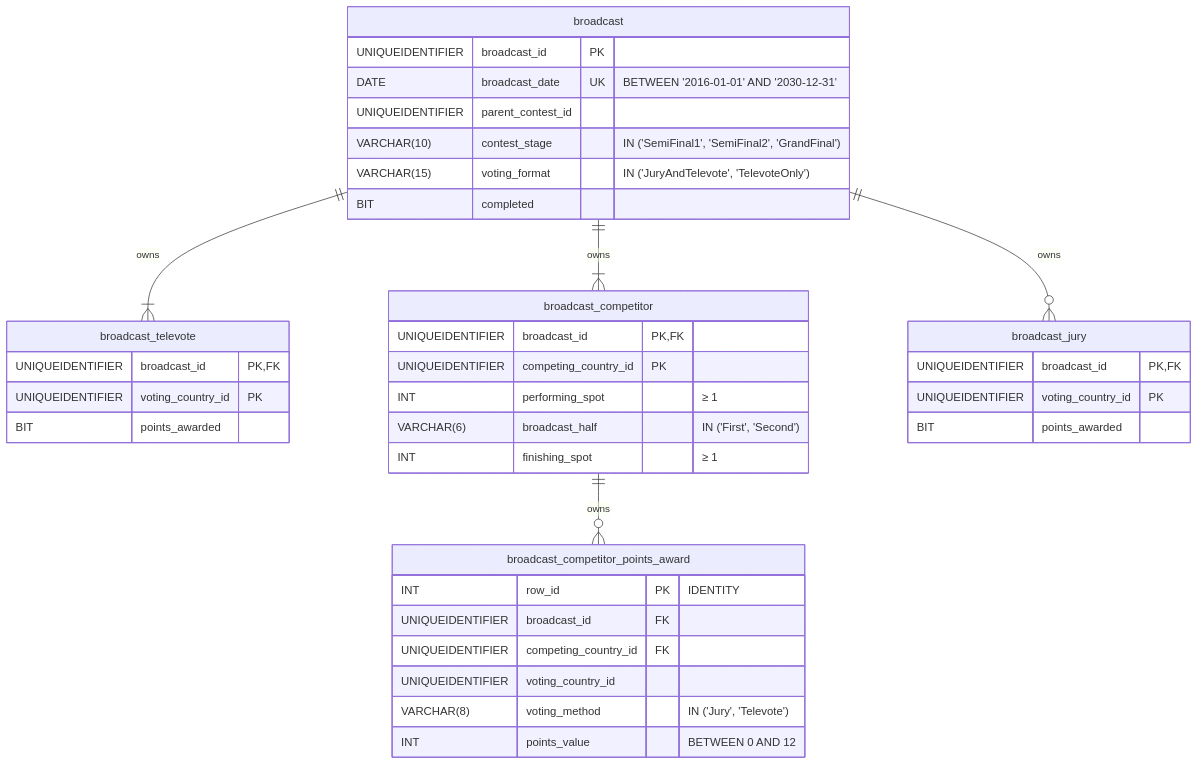
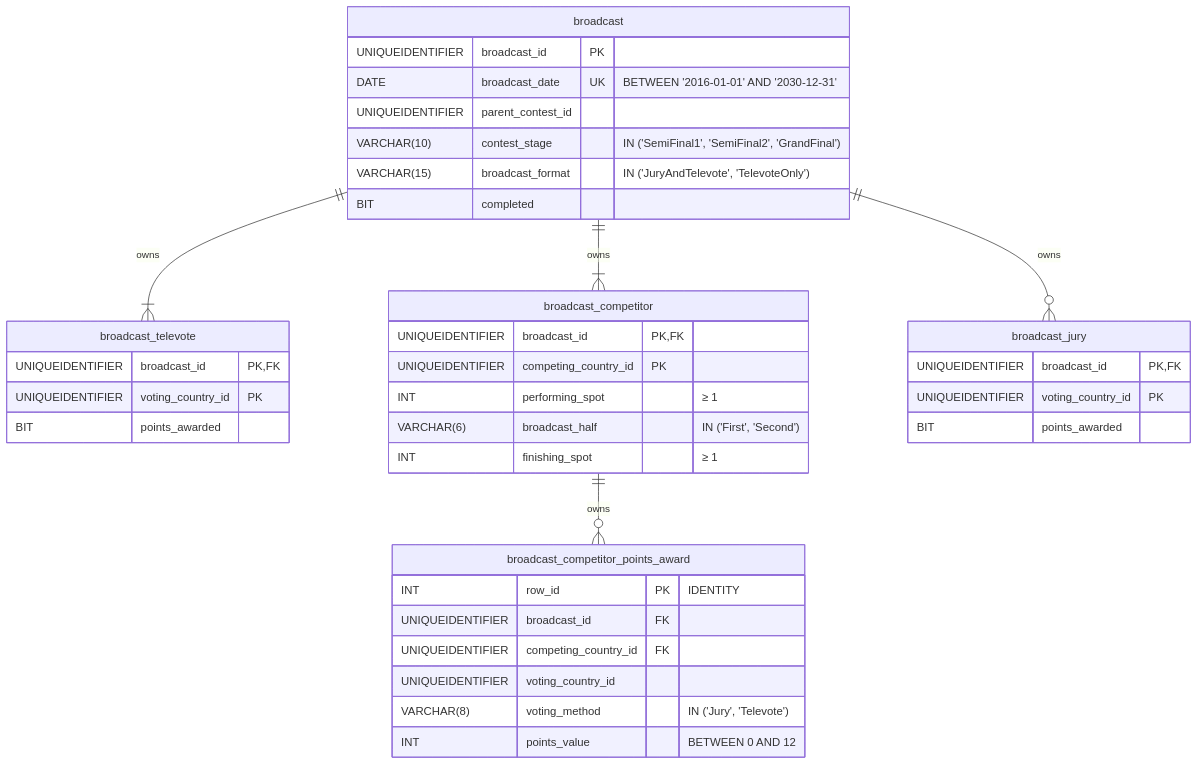
One commit to MattSortsThings/eurocentric changed the first of 4 diagrams in docs/launch_spec/08_database_schema.md. Above: the diagram before and after it, drawn with Mermaid. The commit also changed other lines of this file and 10 other files, not shown here.

First line of the commit message:
docs: rename VotingFormat to BroadcastFormat

````diff
--- a/docs/launch_spec/08_database_schema.md
+++ b/docs/launch_spec/08_database_schema.md
@@ -13,47 +13,47 @@
 ```mermaid
 erDiagram
 
 broadcast {
   UNIQUEIDENTIFIER broadcast_id PK
   DATE broadcast_date UK "BETWEEN '2016-01-01' AND '2030-12-31'"
   UNIQUEIDENTIFIER parent_contest_id
   VARCHAR(10) contest_stage "IN ('SemiFinal1', 'SemiFinal2', 'GrandFinal')"
-  VARCHAR(15) voting_format "IN ('JuryAndTelevote', 'TelevoteOnly')"
+  VARCHAR(15) broadcast_format "IN ('JuryAndTelevote', 'TelevoteOnly')"
   BIT completed
 }
 
 broadcast_televote {
   UNIQUEIDENTIFIER broadcast_id PK,FK
   UNIQUEIDENTIFIER voting_country_id PK
   BIT points_awarded
 }
 
 broadcast_competitor {
   UNIQUEIDENTIFIER broadcast_id PK,FK
   UNIQUEIDENTIFIER competing_country_id PK
   INT performing_spot "&ge; 1"
   VARCHAR(6) broadcast_half "IN ('First', 'Second')"
   INT finishing_spot "&ge; 1"
 }
 
 broadcast_competitor_points_award {
   INT row_id PK "IDENTITY"
   UNIQUEIDENTIFIER broadcast_id FK
   UNIQUEIDENTIFIER competing_country_id FK
   UNIQUEIDENTIFIER voting_country_id
   VARCHAR(8) voting_method "IN ('Jury', 'Televote')"
   INT points_value "BETWEEN 0 AND 12"
 }
 
 broadcast_jury {
   UNIQUEIDENTIFIER broadcast_id PK,FK
   UNIQUEIDENTIFIER voting_country_id PK
   BIT points_awarded
 }
 
 broadcast ||--|{ broadcast_televote : owns
 broadcast ||--|{ broadcast_competitor : owns
 broadcast ||--o{ broadcast_jury : owns
 
 broadcast_competitor ||--o{ broadcast_competitor_points_award : owns
 ```
````
